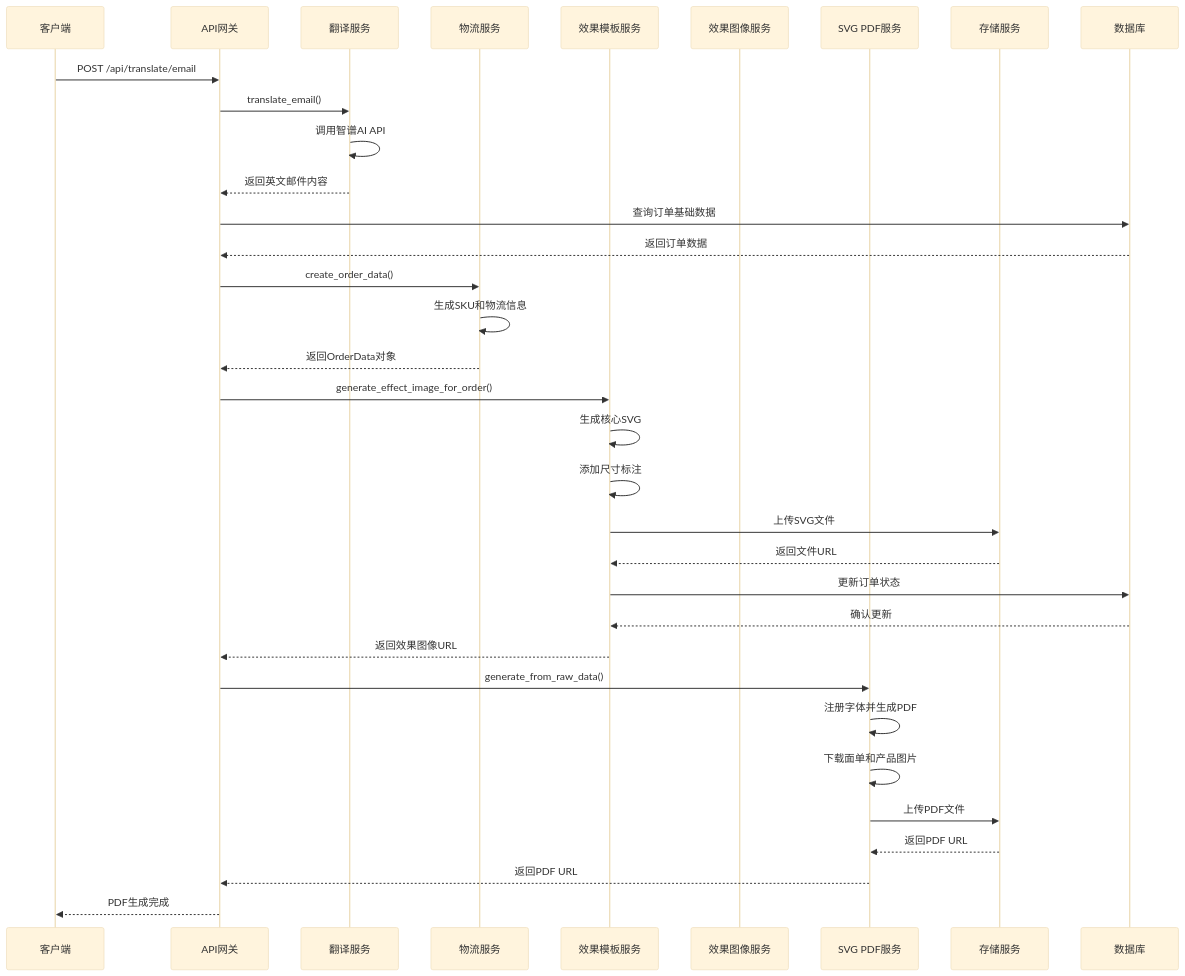
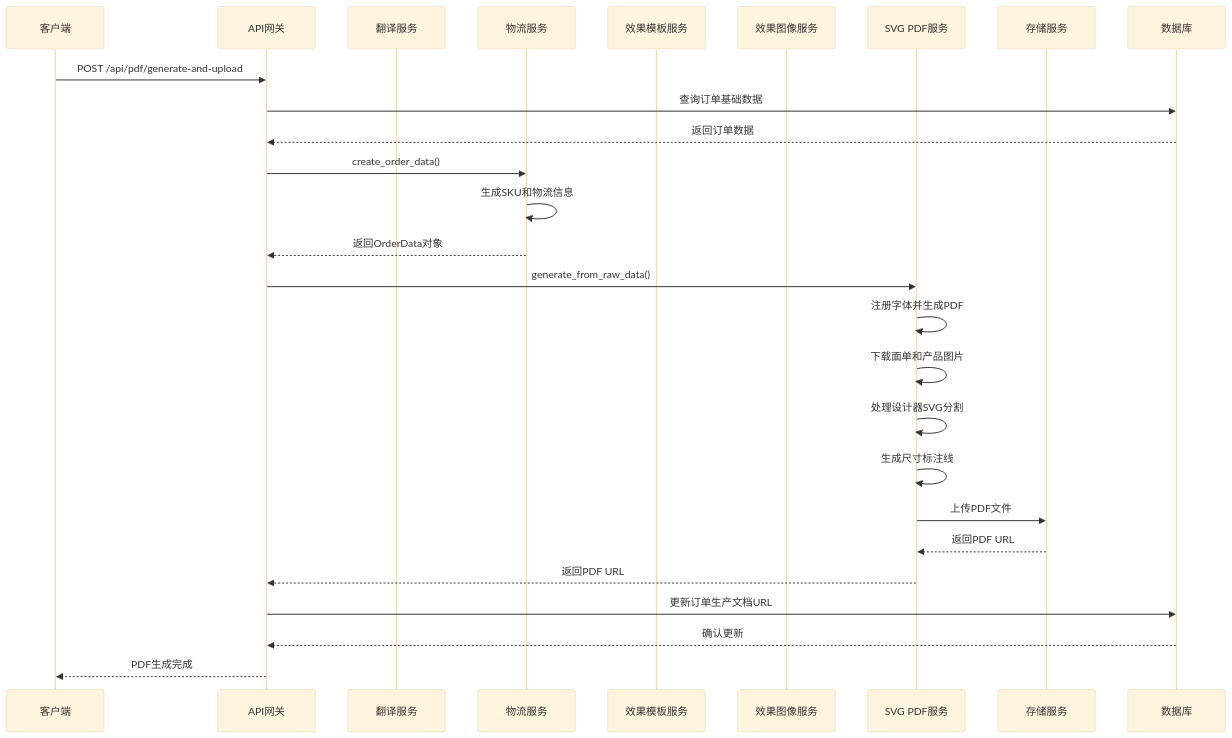
One commit to SY6621/POD-Order-Management changed the third of 16 diagrams in .qoder/repowiki/zh/content/开发指南/PDF生成系统.md. Above: the diagram before and after it, drawn with Mermaid (base theme). The commit also changed other lines of this file and 30 other files, not shown here.

````diff
--- a/.qoder/repowiki/zh/content/开发指南/PDF生成系统.md
+++ b/.qoder/repowiki/zh/content/开发指南/PDF生成系统.md
@@ -283,36 +279,29 @@
 ```mermaid
 sequenceDiagram
 participant Client as 客户端
 participant API as API网关
 participant TranslationService as 翻译服务
 participant ShippingService as 物流服务
 participant EffectTemplateService as 效果模板服务
 participant EffectImageService as 效果图像服务
 participant SVGPDFService as SVG PDF服务
 participant Storage as 存储服务
 participant DB as 数据库
-Client->>API : POST /api/translate/email
-API->>TranslationService : translate_email()
-TranslationService->>TranslationService : 调用智谱AI API
-TranslationService-->>API : 返回英文邮件内容
+Client->>API : POST /api/pdf/generate-and-upload
 API->>DB : 查询订单基础数据
 DB-->>API : 返回订单数据
 API->>ShippingService : create_order_data()
 ShippingService->>ShippingService : 生成SKU和物流信息
 ShippingService-->>API : 返回OrderData对象
-API->>EffectTemplateService : generate_effect_image_for_order()
-EffectTemplateService->>EffectTemplateService : 生成核心SVG
-EffectTemplateService->>EffectTemplateService : 添加尺寸标注
-EffectTemplateService->>Storage : 上传SVG文件
-Storage-->>EffectTemplateService : 返回文件URL
-EffectTemplateService->>DB : 更新订单状态
-DB-->>EffectTemplateService : 确认更新
-EffectTemplateService-->>API : 返回效果图像URL
 API->>SVGPDFService : generate_from_raw_data()
 SVGPDFService->>SVGPDFService : 注册字体并生成PDF
 SVGPDFService->>SVGPDFService : 下载面单和产品图片
+SVGPDFService->>SVGPDFService : 处理设计器SVG分割
+SVGPDFService->>SVGPDFService : 生成尺寸标注线
 SVGPDFService->>Storage : 上传PDF文件
 Storage-->>SVGPDFService : 返回PDF URL
 SVGPDFService-->>API : 返回PDF URL
+API->>DB : 更新订单生产文档URL
+DB-->>API : 确认更新
 API-->>Client : PDF生成完成
 ```
````
